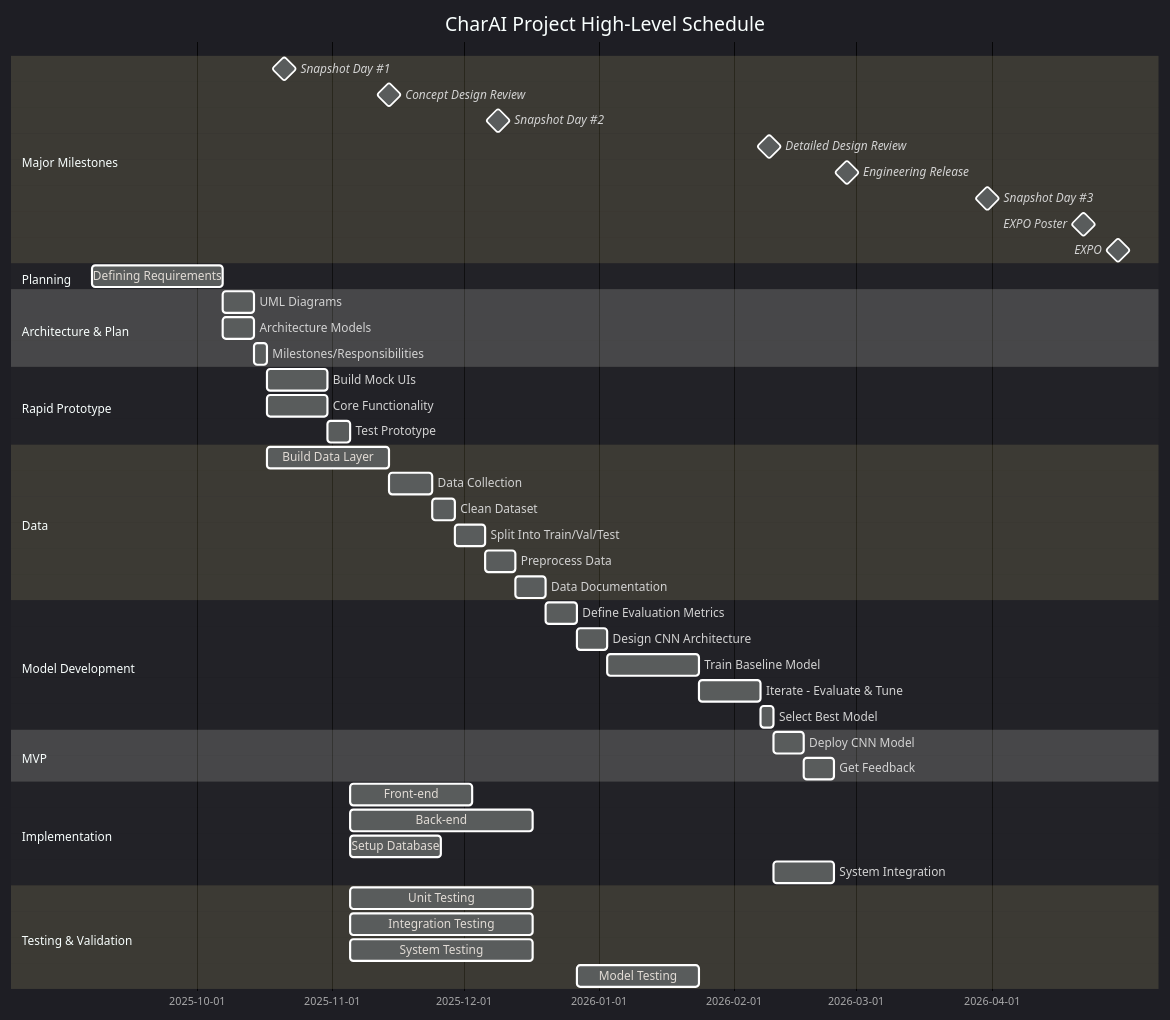
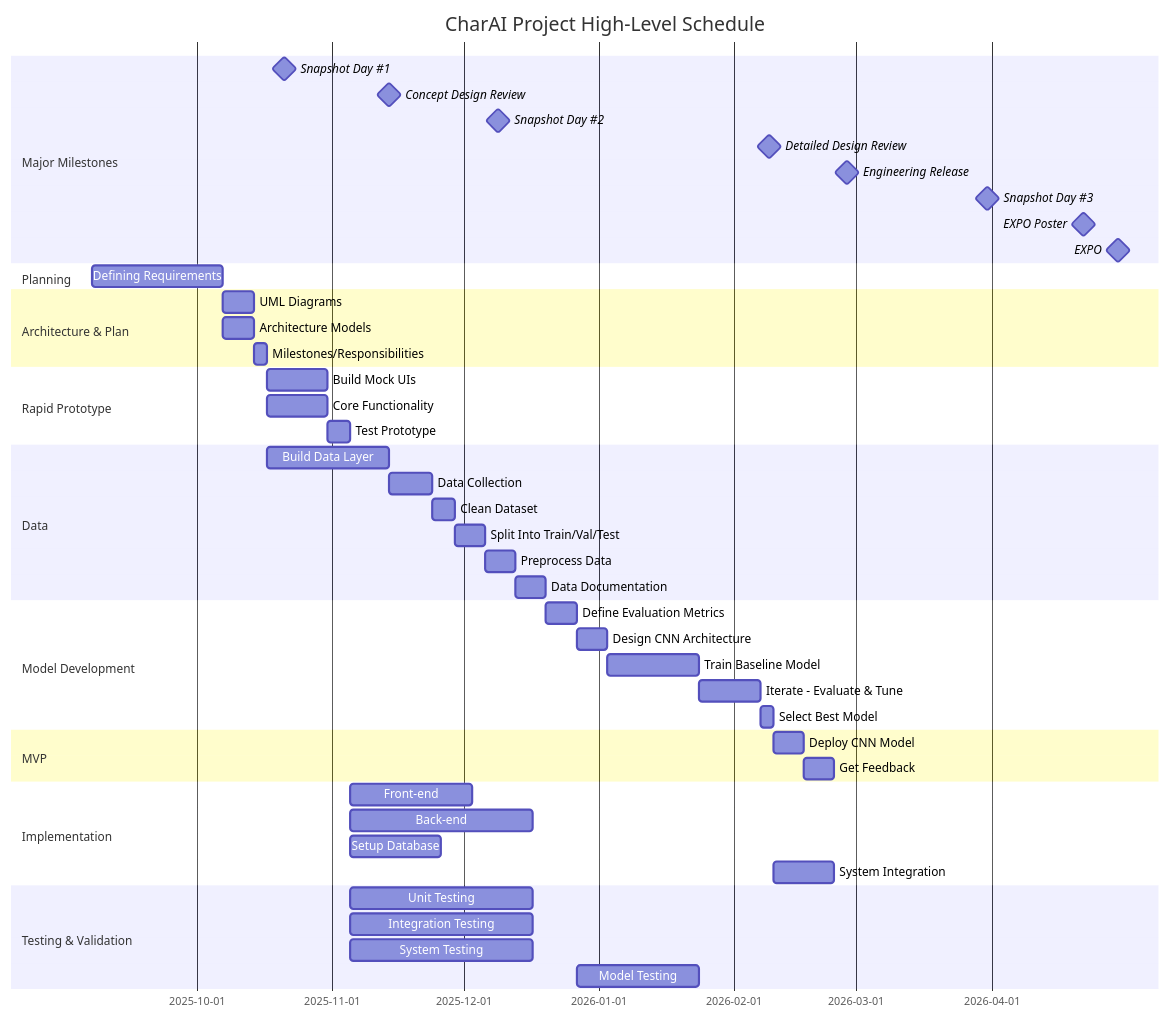
One commit to JosephPBaruch/CharAI changed the diagram in docs/03_Project_Management/Schedule/Gantt.mmd. Above: the diagram before and after it, drawn with Mermaid.

Commit message:
Update Gantt.mmd to use default theme

```diff
--- a/docs/03_Project_Management/Schedule/Gantt.mmd
+++ b/docs/03_Project_Management/Schedule/Gantt.mmd
@@ -1,52 +1,52 @@
 ---
 config:
-  theme: dark
+  theme: default
 ---
 gantt
     title CharAI Project High-Level Schedule
     dateFormat  YYYY-MM-DD
     section Major Milestones
     Snapshot Day #1          :milestone, sd1, 2025-10-21, 0d
     Concept Design Review    :milestone, cdr, 2025-11-14, 0d
     Snapshot Day #2          :milestone, sd2, 2025-12-9, 0d
     Detailed Design Review   :milestone, ddr, 2026-2-9, 0d
     Engineering Release      :milestone, eng, 2026-2-27, 0d
     Snapshot Day #3          :milestone, sd3, 2026-3-31, 0d
     EXPO Poster              :milestone, poster, 2026-4-22, 0d
     EXPO                     :milestone, expo, 2026-4-30, 0d
     section Planning
     Defining Requirements     :reqs, 2025-9-7, 30d
     section Architecture & Plan
     UML Diagrams              :uml, after reqs, 1w
     Architecture Models       :arch, after reqs, 1w
     Milestones/Responsibilities :sresp, after uml arch, 3d
     section Rapid Prototype
     Build Mock UIs            :mock, after sresp, 2w
     Core Functionality        :core, after sresp, 2w
     Test Prototype            :tprot, after core, 5d
     section Data
     Build Data Layer          :data, after sresp, 4w
     Data Collection           :prep, after data, 10d
     Clean Dataset             :dat1, after prep, 5d
     Split Into Train/Val/Test :dat2, after dat1, 1w
     Preprocess Data           :dat3, after dat2, 1w
     Data Documentation        :dat4, after dat3, 1w
     section Model Development
     Define Evaluation Metrics :modl1, after dat4, 1w
     Design CNN Architecture   :modl2, after modl1, 1w
     Train Baseline Model      :modl3, after modl2, 3w
     Iterate - Evaluate & Tune :modl4, after modl3, 2w
     Select Best Model         :modl5, after modl4, 3d
     section MVP
     Deploy CNN Model          :mvp, after modl5, 1w
     Get Feedback              :fdbck, after mvp, 1w
     section Implementation
     Front-end                 :frnt, after tprot, 4w
     Back-end                  :back, after tprot, 6w
     Setup Database            :db, after tprot, 3w
     System Integration        :sysint, after modl5 frnt back db, 2w
     section Testing & Validation
     Unit Testing              :utest, after tprot, 6w
     Integration Testing       :itest, after tprot, 6w
     System Testing            :stest, after tprot, 6w
     Model Testing             :mtest, after modl1, 4w
```
